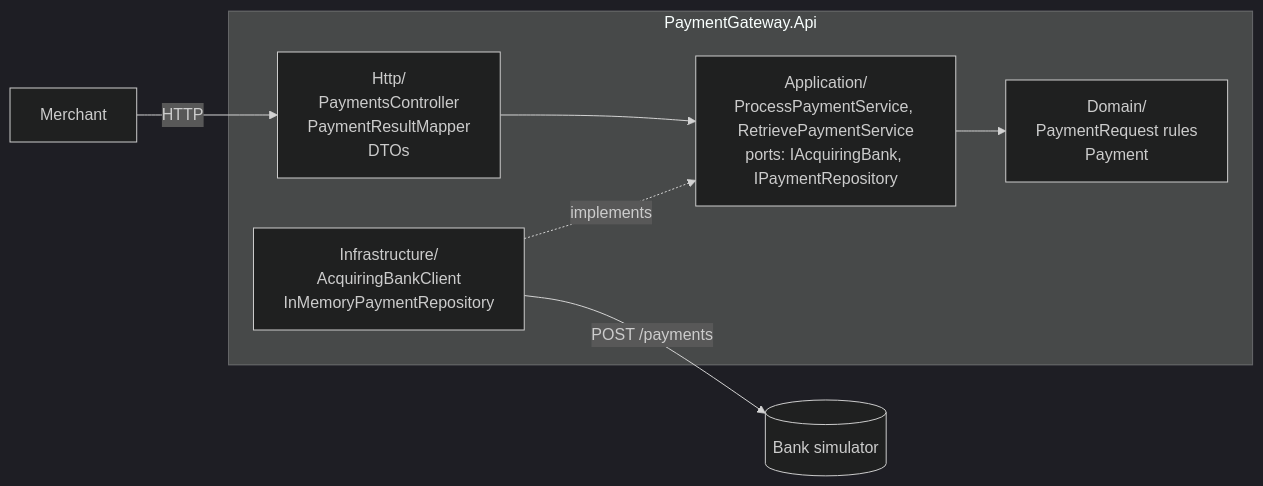
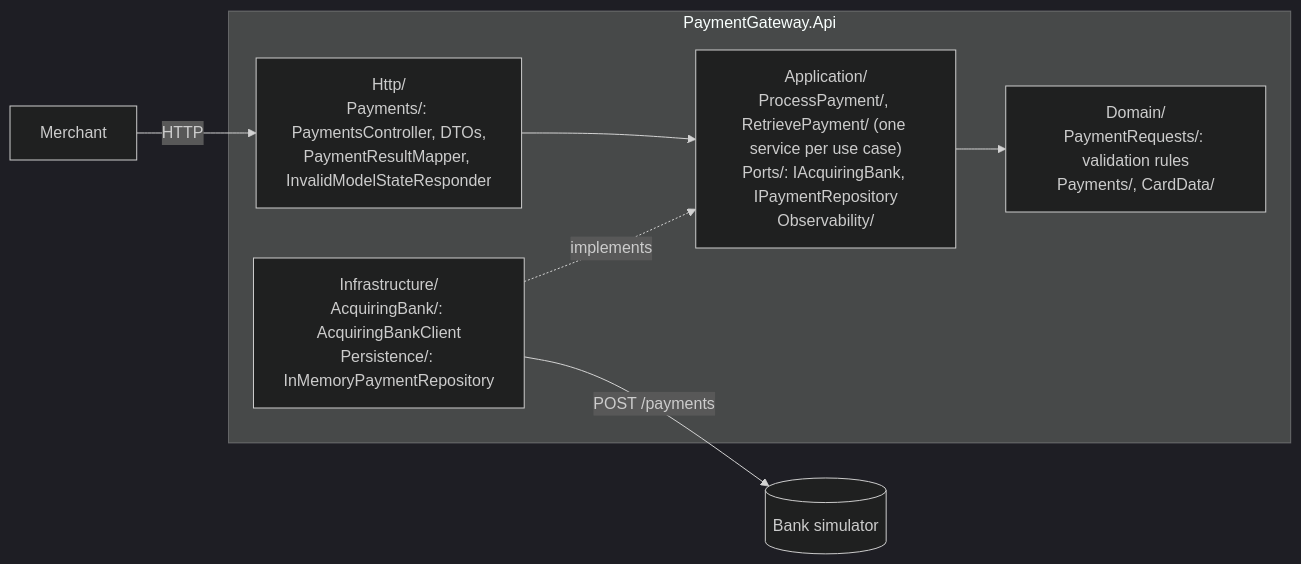
The first of 3 diagrams in README.md (laisferdan/payment-gateway-challenge-dotnet), drawn with Mermaid (dark theme) before and after one commit. The commit also changed other lines of this file and 103 other files, not shown here.

````diff
--- a/README.md
+++ b/README.md
@@ -111,10 +114,10 @@
 ```mermaid
 flowchart LR
     Merchant -->|HTTP| Http
     subgraph PaymentGateway.Api
-        Http["Http/<br/>PaymentsController<br/>PaymentResultMapper<br/>DTOs"] --> Application
-        Application["Application/<br/>ProcessPaymentService, RetrievePaymentService<br/>ports: IAcquiringBank, IPaymentRepository"] --> Domain["Domain/<br/>PaymentRequest rules<br/>Payment"]
-        Infrastructure["Infrastructure/<br/>AcquiringBankClient<br/>InMemoryPaymentRepository"] -. implements .-> Application
+        Http["Http/<br/>Payments/: PaymentsController, DTOs,<br/>PaymentResultMapper, InvalidModelStateResponder"] --> Application
+        Application["Application/<br/>ProcessPayment/, RetrievePayment/ (one service per use case)<br/>Ports/: IAcquiringBank, IPaymentRepository<br/>Observability/"] --> Domain["Domain/<br/>PaymentRequests/: validation rules<br/>Payments/, CardData/"]
+        Infrastructure["Infrastructure/<br/>AcquiringBank/: AcquiringBankClient<br/>Persistence/: InMemoryPaymentRepository"] -. implements .-> Application
     end
     Infrastructure -->|POST /payments| Bank[(Bank simulator)]
 ```
````
